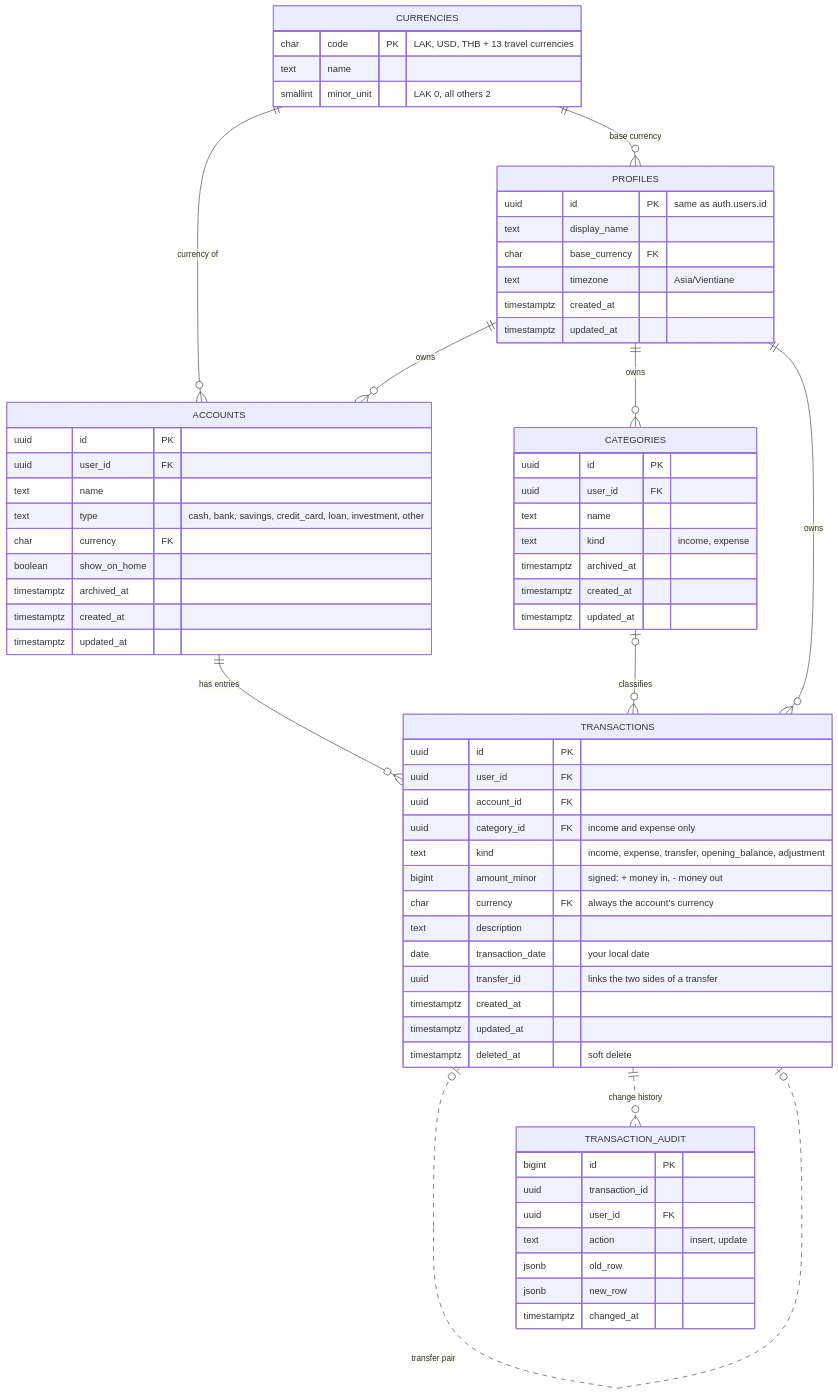
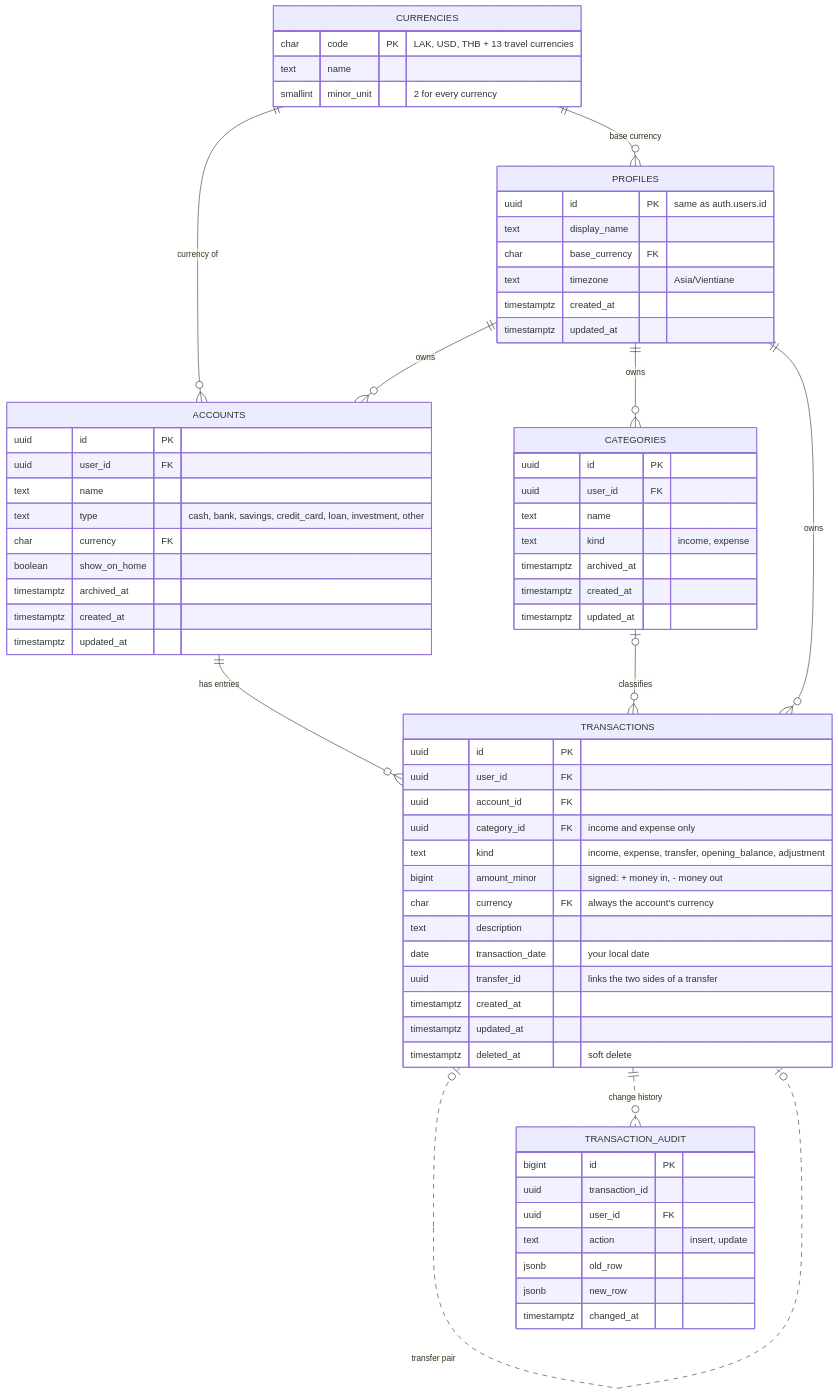
Before and after one commit to SSS-808/PWA-finance: the diagram in docs/database.md, drawn with Mermaid. The commit also changed other lines of this file and 31 other files, not shown here.

````diff
--- a/docs/database.md
+++ b/docs/database.md
@@ -9,70 +9,70 @@
 ```mermaid
 erDiagram
   CURRENCIES ||--o{ ACCOUNTS : "currency of"
   CURRENCIES ||--o{ PROFILES : "base currency"
   PROFILES ||--o{ ACCOUNTS : owns
   PROFILES ||--o{ CATEGORIES : owns
   PROFILES ||--o{ TRANSACTIONS : owns
   ACCOUNTS ||--o{ TRANSACTIONS : "has entries"
   CATEGORIES |o--o{ TRANSACTIONS : classifies
   TRANSACTIONS |o..o| TRANSACTIONS : "transfer pair"
   TRANSACTIONS ||..o{ TRANSACTION_AUDIT : "change history"
 
   CURRENCIES {
     char code PK "LAK, USD, THB + 13 travel currencies"
     text name
-    smallint minor_unit "LAK 0, all others 2"
+    smallint minor_unit "2 for every currency"
   }
   PROFILES {
     uuid id PK "same as auth.users.id"
     text display_name
     char base_currency FK
     text timezone "Asia/Vientiane"
     timestamptz created_at
     timestamptz updated_at
   }
   ACCOUNTS {
     uuid id PK
     uuid user_id FK
     text name
     text type "cash, bank, savings, credit_card, loan, investment, other"
     char currency FK
     boolean show_on_home
     timestamptz archived_at
     timestamptz created_at
     timestamptz updated_at
   }
   CATEGORIES {
     uuid id PK
     uuid user_id FK
     text name
     text kind "income, expense"
     timestamptz archived_at
     timestamptz created_at
     timestamptz updated_at
   }
   TRANSACTIONS {
     uuid id PK
     uuid user_id FK
     uuid account_id FK
     uuid category_id FK "income and expense only"
     text kind "income, expense, transfer, opening_balance, adjustment"
     bigint amount_minor "signed: + money in, - money out"
     char currency FK "always the account's currency"
     text description
     date transaction_date "your local date"
     uuid transfer_id "links the two sides of a transfer"
     timestamptz created_at
     timestamptz updated_at
     timestamptz deleted_at "soft delete"
   }
   TRANSACTION_AUDIT {
     bigint id PK
     uuid transaction_id
     uuid user_id FK
     text action "insert, update"
     jsonb old_row
     jsonb new_row
     timestamptz changed_at
   }
 ```
````
